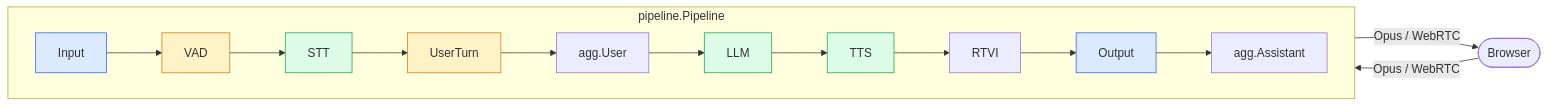
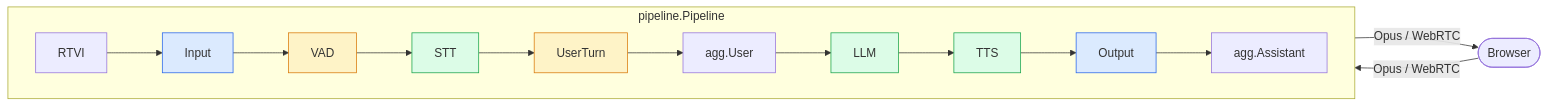
One commit to gojargo/jargo changed the first of 3 diagrams in docs/concepts/architecture.md. Above: the diagram before and after it, drawn with Mermaid. The commit also changed other lines of this file and 48 other files, not shown here.

````diff
--- a/docs/concepts/architecture.md
+++ b/docs/concepts/architecture.md
@@ -22,22 +22,22 @@
 ```mermaid
 flowchart LR
     Browser(["Browser"])
 
     subgraph Pipeline["pipeline.Pipeline"]
         direction LR
-        In["Input"] --> VAD["VAD"] --> STT["STT"] --> Turn["UserTurn"]
-        Turn --> AggU["agg.User"] --> LLM["LLM"] --> TTS["TTS"]
-        TTS --> RTVI["RTVI"] --> Out["Output"] --> AggA["agg.Assistant"]
+        RTVI["RTVI"] --> In["Input"] --> VAD["VAD"] --> STT["STT"]
+        STT --> Turn["UserTurn"] --> AggU["agg.User"] --> LLM["LLM"]
+        LLM --> TTS["TTS"] --> Out["Output"] --> AggA["agg.Assistant"]
     end
 
     Browser -- "Opus / WebRTC" --> In
     Out -- "Opus / WebRTC" --> Browser
 
     style In fill:#dbeafe,stroke:#2563eb
     style Out fill:#dbeafe,stroke:#2563eb
     style VAD fill:#fef3c7,stroke:#d97706
     style Turn fill:#fef3c7,stroke:#d97706
     style STT fill:#dcfce7,stroke:#16a34a
     style LLM fill:#dcfce7,stroke:#16a34a
     style TTS fill:#dcfce7,stroke:#16a34a
 ```
````
